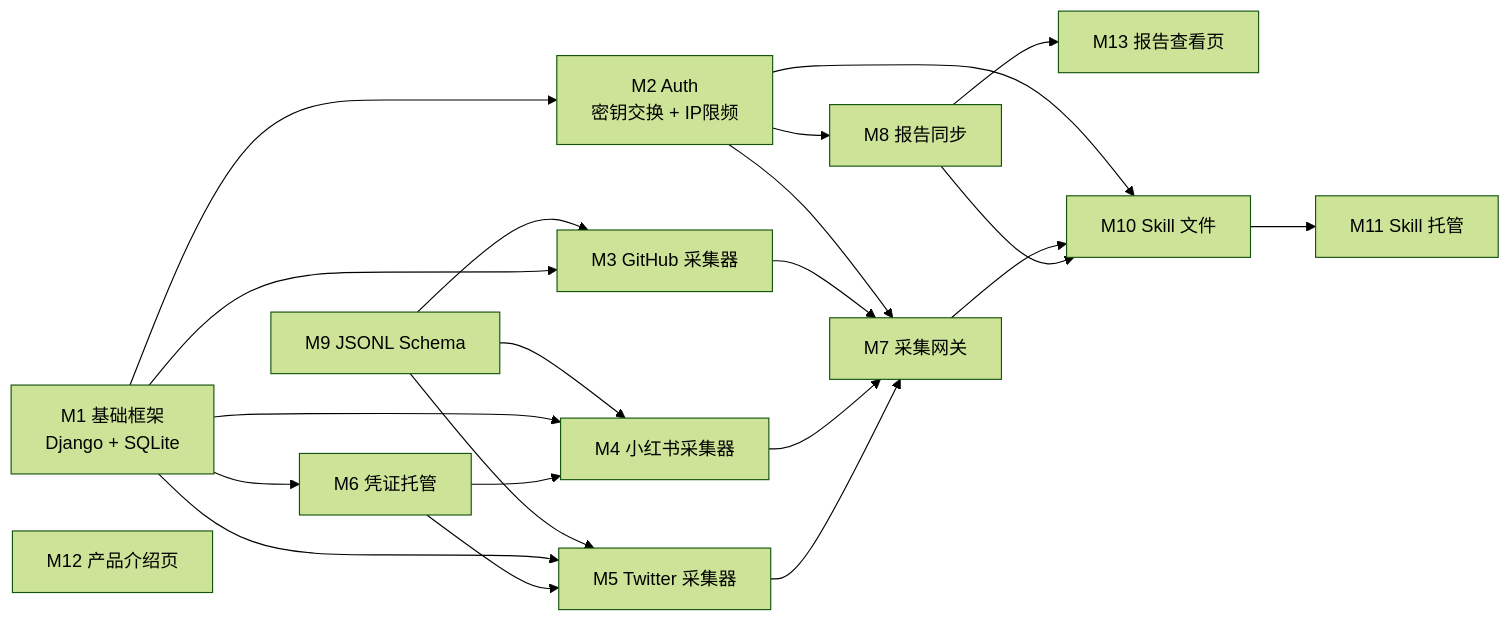
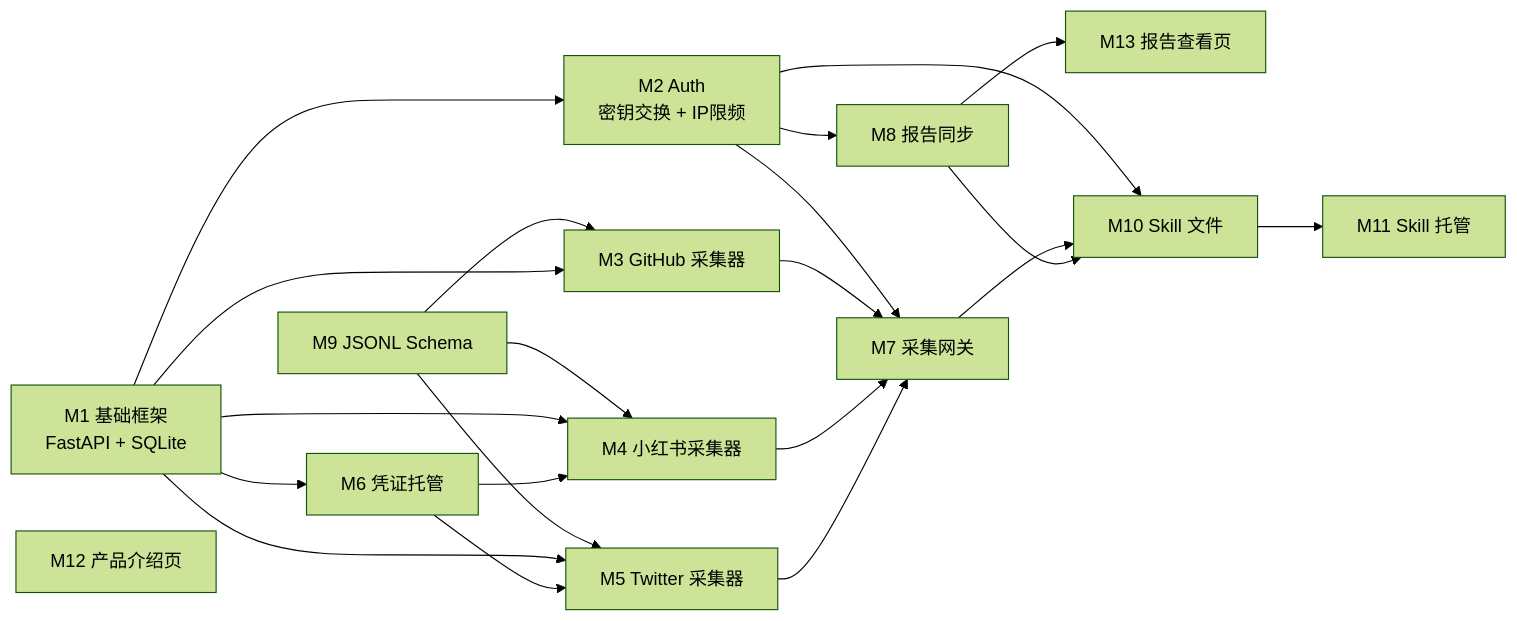
Before and after one commit to feed-mob/omni-collect: the second of 2 diagrams in ARCHITECTURE.md, drawn with Mermaid (forest theme). The commit also changed other lines of this file and 1 other file, not shown here.

Commit message:
docs: switch tech stack from Django to FastAPI

````diff
--- a/ARCHITECTURE.md
+++ b/ARCHITECTURE.md
@@ -332,24 +333,24 @@
 ```mermaid
 graph LR
-    M1["M1 基础框架<br/>Django + SQLite"] --> M2["M2 Auth<br/>密钥交换 + IP限频"]
+    M1["M1 基础框架<br/>FastAPI + SQLite"] --> M2["M2 Auth<br/>密钥交换 + IP限频"]
     M1 --> M6["M6 凭证托管"]
     M9["M9 JSONL Schema"] --> M3["M3 GitHub 采集器"]
     M9 --> M4["M4 小红书采集器"]
     M9 --> M5["M5 Twitter 采集器"]
     M1 --> M3
     M1 --> M4
     M1 --> M5
     M6 --> M4
     M6 --> M5
     M2 --> M7["M7 采集网关"]
     M3 --> M7
     M4 --> M7
     M5 --> M7
     M2 --> M8["M8 报告同步"]
     M8 --> M13["M13 报告查看页"]
     M2 --> M10["M10 Skill 文件"]
     M7 --> M10
     M8 --> M10
     M10 --> M11["M11 Skill 托管"]
     M12["M12 产品介绍页"]
 ```
````
